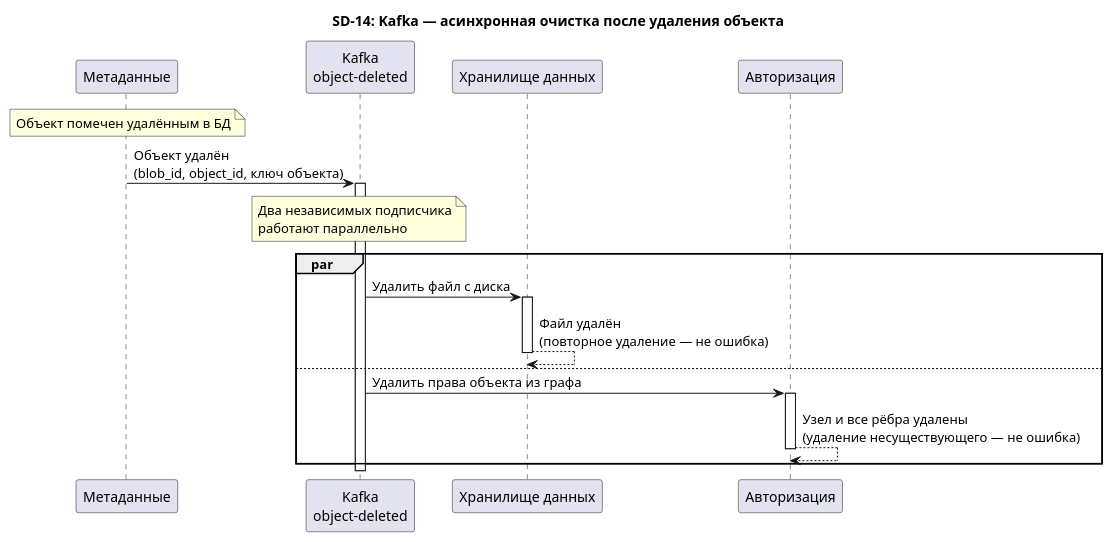
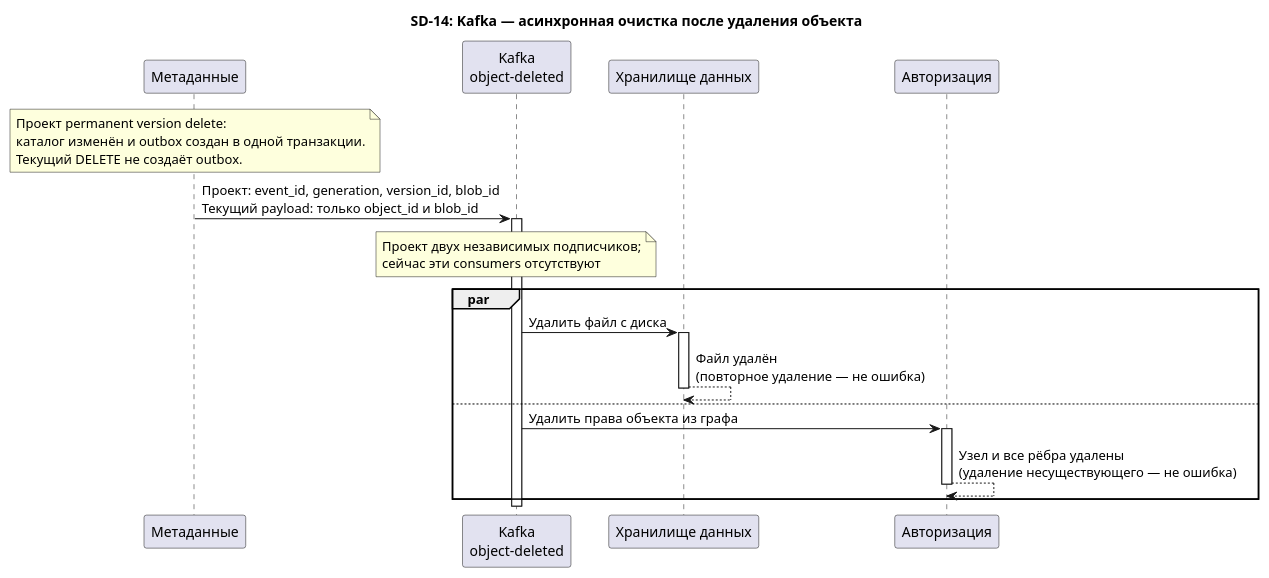
One commit to alesplll/opens3-rebac changed diagram 14 of 16 in docs/sequence_diagrams.md. Above: the diagram before and after it, drawn with PlantUML. The commit also changed other lines of this file and 21 other files, not shown here.

````diff
--- a/docs/sequence_diagrams.md
+++ b/docs/sequence_diagrams.md
@@ -592,32 +604,32 @@
 ```plantuml
 @startuml SD-14-KafkaObjectDeleted
 title SD-14: Kafka — асинхронная очистка после удаления объекта
 
 participant "Метаданные" as MD
 participant "Kafka\nobject-deleted" as KF
 participant "Хранилище данных" as DN
 participant "Авторизация" as AZ
 
-note over MD : Объект помечен удалённым в БД
+note over MD : Проект permanent version delete:\nкаталог изменён и outbox создан в одной транзакции.\nТекущий DELETE не создаёт outbox.
 
-MD -> KF : Объект удалён\n(blob_id, object_id, ключ объекта)
+MD -> KF : Проект: event_id, generation, version_id, blob_id\nТекущий payload: только object_id и blob_id
 activate KF
 
-note over KF : Два независимых подписчика\nработают параллельно
+note over KF : Проект двух независимых подписчиков;\nсейчас эти consumers отсутствуют
 
 par
   KF -> DN : Удалить файл с диска
   activate DN
   DN --> DN : Файл удалён\n(повторное удаление — не ошибка)
   deactivate DN
 else
   KF -> AZ : Удалить права объекта из графа
   activate AZ
   AZ --> AZ : Узел и все рёбра удалены\n(удаление несуществующего — не ошибка)
   deactivate AZ
 end
 
 deactivate KF
 
 @enduml
 ```
````
